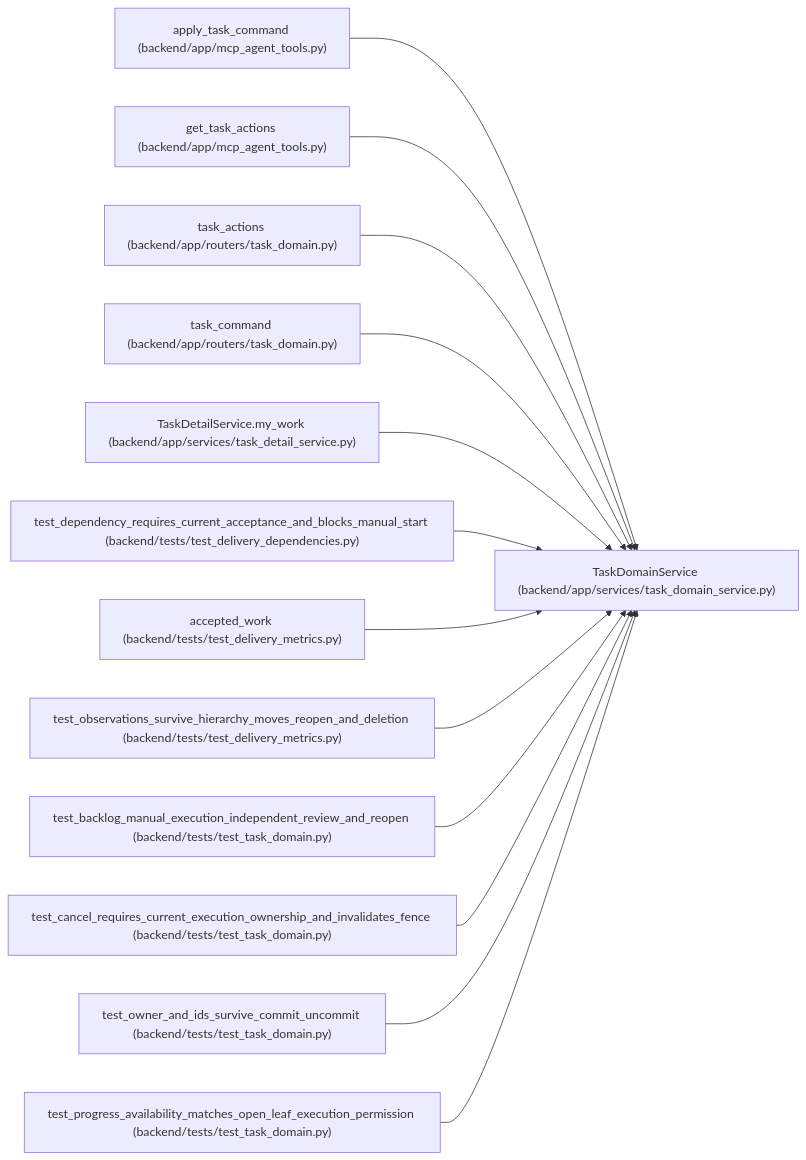
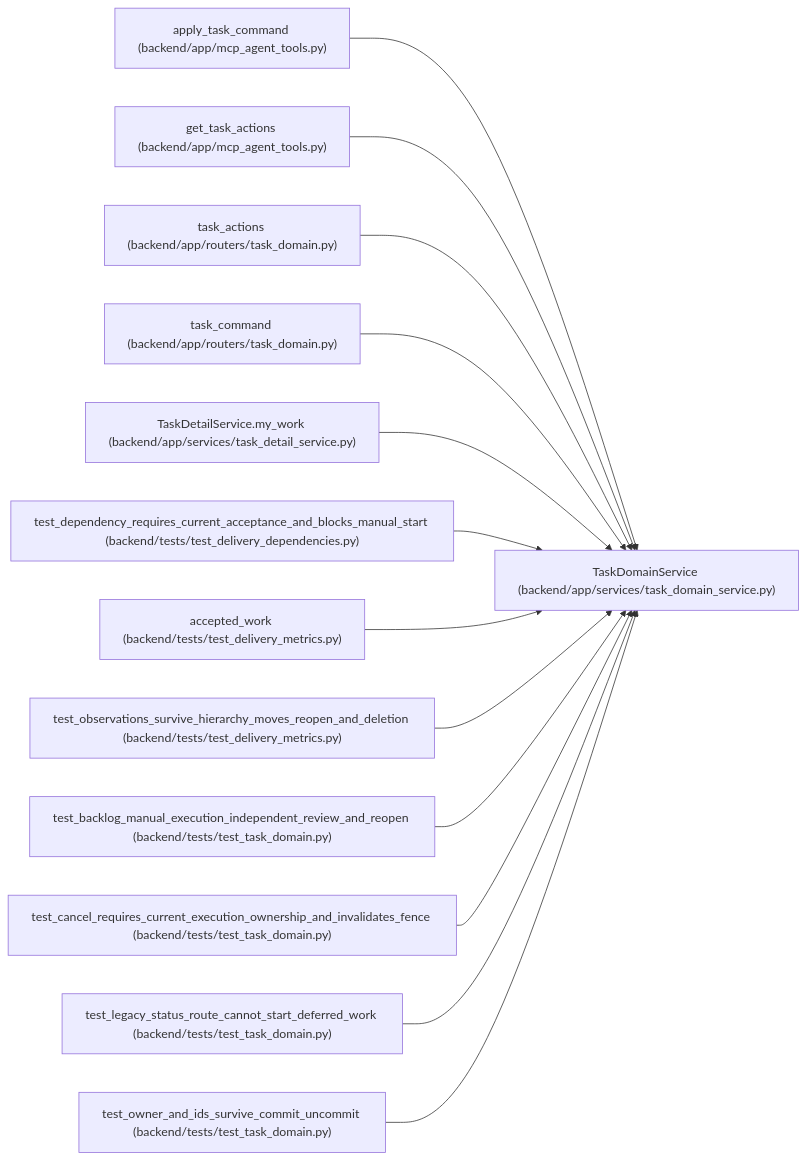
One commit to Denissvgn/WorkChord changed the diagram in docs/llm_wiki/entities/TaskDomainService.md. Above: the diagram before and after it, drawn with Mermaid. The commit also changed other lines of this file and 317 other files, not shown here.

````diff
--- a/docs/llm_wiki/entities/TaskDomainService.md
+++ b/docs/llm_wiki/entities/TaskDomainService.md
@@ -31,41 +31,41 @@
 ```mermaid
 flowchart LR
     n0["TaskDomainService (backend/app/services/task_domain_service.py)"]
     n1["apply_task_command (backend/app/mcp_agent_tools.py)"]
     n2["get_task_actions (backend/app/mcp_agent_tools.py)"]
     n3["task_actions (backend/app/routers/task_domain.py)"]
     n4["task_command (backend/app/routers/task_domain.py)"]
     n5["TaskDetailService.my_work (backend/app/services/task_detail_service.py)"]
     n6["test_dependency_requires_current_acceptance_and_blocks_manual_start (backend/tests/test_delivery_dependencies.py)"]
     n7["accepted_work (backend/tests/test_delivery_metrics.py)"]
     n8["test_observations_survive_hierarchy_moves_reopen_and_deletion (backend/tests/test_delivery_metrics.py)"]
     n9["test_backlog_manual_execution_independent_review_and_reopen (backend/tests/test_task_domain.py)"]
     n10["test_cancel_requires_current_execution_ownership_and_invalidates_fence (backend/tests/test_task_domain.py)"]
-    n11["test_owner_and_ids_survive_commit_uncommit (backend/tests/test_task_domain.py)"]
-    n12["test_progress_availability_matches_open_leaf_execution_permission (backend/tests/test_task_domain.py)"]
+    n11["test_legacy_status_route_cannot_start_deferred_work (backend/tests/test_task_domain.py)"]
+    n12["test_owner_and_ids_survive_commit_uncommit (backend/tests/test_task_domain.py)"]
     n1 --> n0
     n2 --> n0
     n3 --> n0
     n4 --> n0
     n5 --> n0
     n6 --> n0
     n7 --> n0
     n8 --> n0
     n9 --> n0
     n10 --> n0
     n11 --> n0
     n12 --> n0
     click n0 "../modules/task_domain_service.md"
     click n1 "../modules/mcp_agent_tools.md"
     click n2 "../modules/mcp_agent_tools.md"
     click n3 "../modules/routers_task_domain.md"
     click n4 "../modules/routers_task_domain.md"
     click n5 "../modules/task_detail_service.md"
     click n6 "../modules/test_delivery_dependencies.md"
     click n7 "../modules/test_delivery_metrics.md"
     click n8 "../modules/test_delivery_metrics.md"
     click n9 "../modules/test_task_domain.md"
     click n10 "../modules/test_task_domain.md"
     click n11 "../modules/test_task_domain.md"
     click n12 "../modules/test_task_domain.md"
 ```
````
